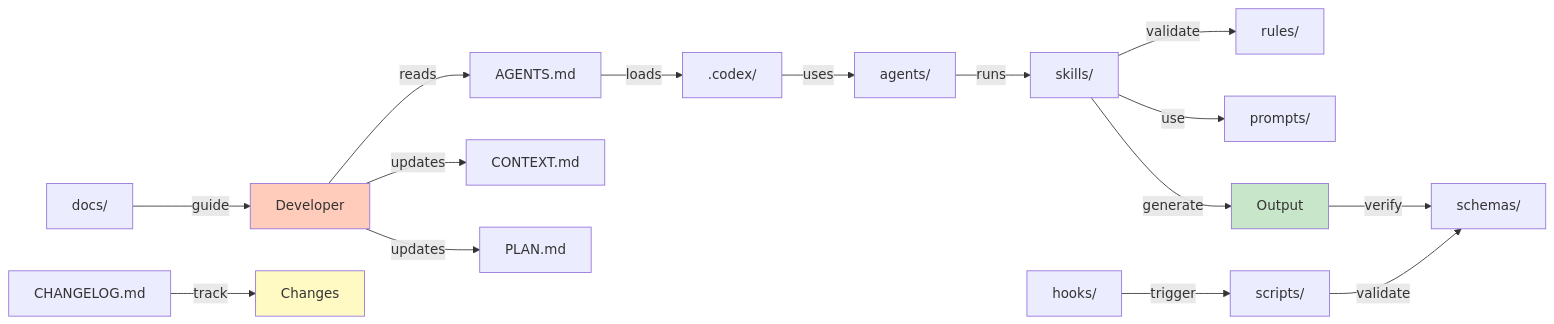
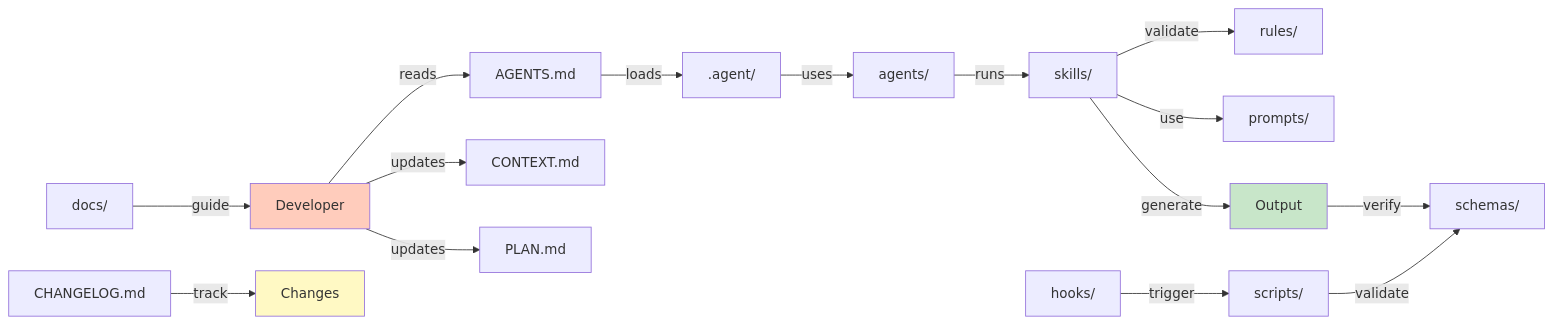
One commit to rajiv-sit/dotagent changed the third of 3 diagrams in GRAPH.md. Above: the diagram before and after it, drawn with Mermaid. The commit also changed other lines of this file and 98 other files, not shown here.

````diff
--- a/GRAPH.md
+++ b/GRAPH.md
@@ -295,24 +300,24 @@
 ```mermaid
 graph LR
     USER["Developer"] -->|reads| AGENTS["AGENTS.md"]
-    AGENTS -->|loads| CODEX[".codex/"]
+    AGENTS -->|loads| CODEX[".agent/"]
     CODEX -->|uses| AGENTS_DIR["agents/"]
     AGENTS_DIR -->|runs| SKILLS["skills/"]
     SKILLS -->|validate| RULES["rules/"]
     SKILLS -->|use| PROMPTS["prompts/"]
     SKILLS -->|generate| OUTPUT["Output"]
     OUTPUT -->|verify| SCHEMAS["schemas/"]
     
     USER -->|updates| CONTEXT["CONTEXT.md"]
     USER -->|updates| PLAN["PLAN.md"]
     
     HOOKS["hooks/"] -->|trigger| SCRIPTS["scripts/"]
     SCRIPTS -->|validate| SCHEMAS
     
     DOCS["docs/"] -->|guide| USER
     CHANGELOG["CHANGELOG.md"] -->|track| CHANGES["Changes"]
     
     style USER fill:#ffccbc
     style OUTPUT fill:#c8e6c9
     style CHANGES fill:#fff9c4
 ```
````
